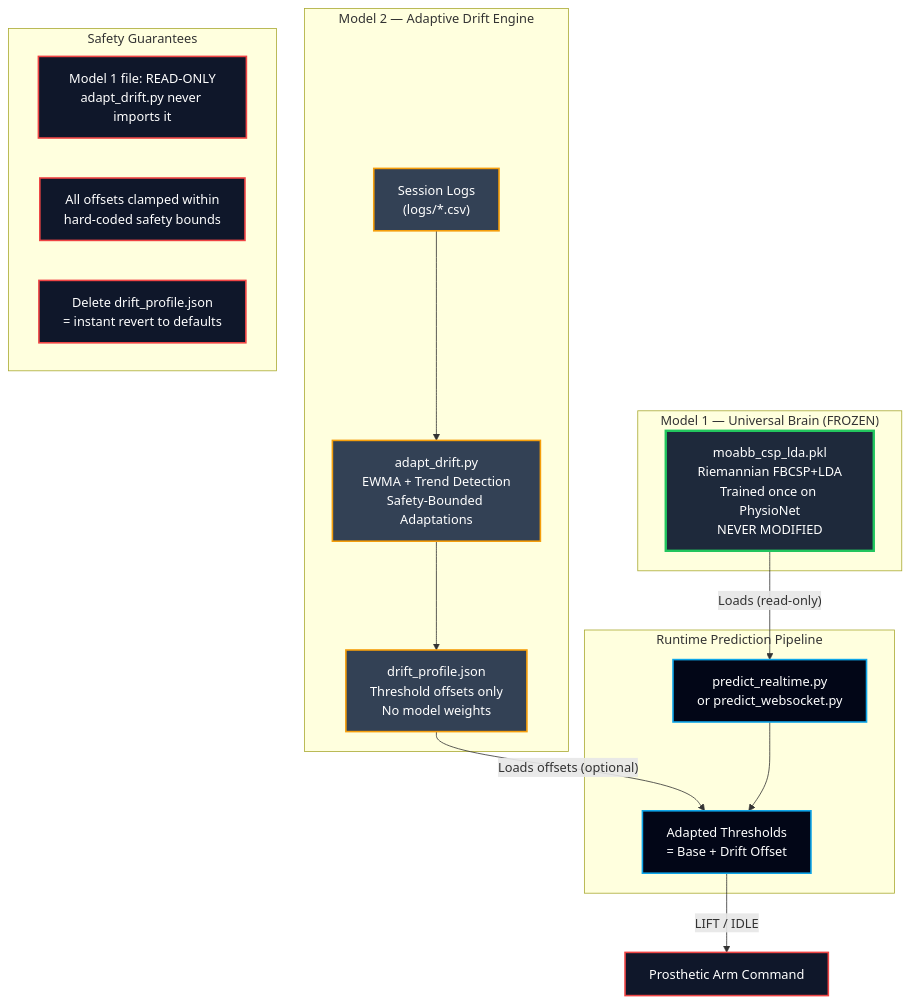
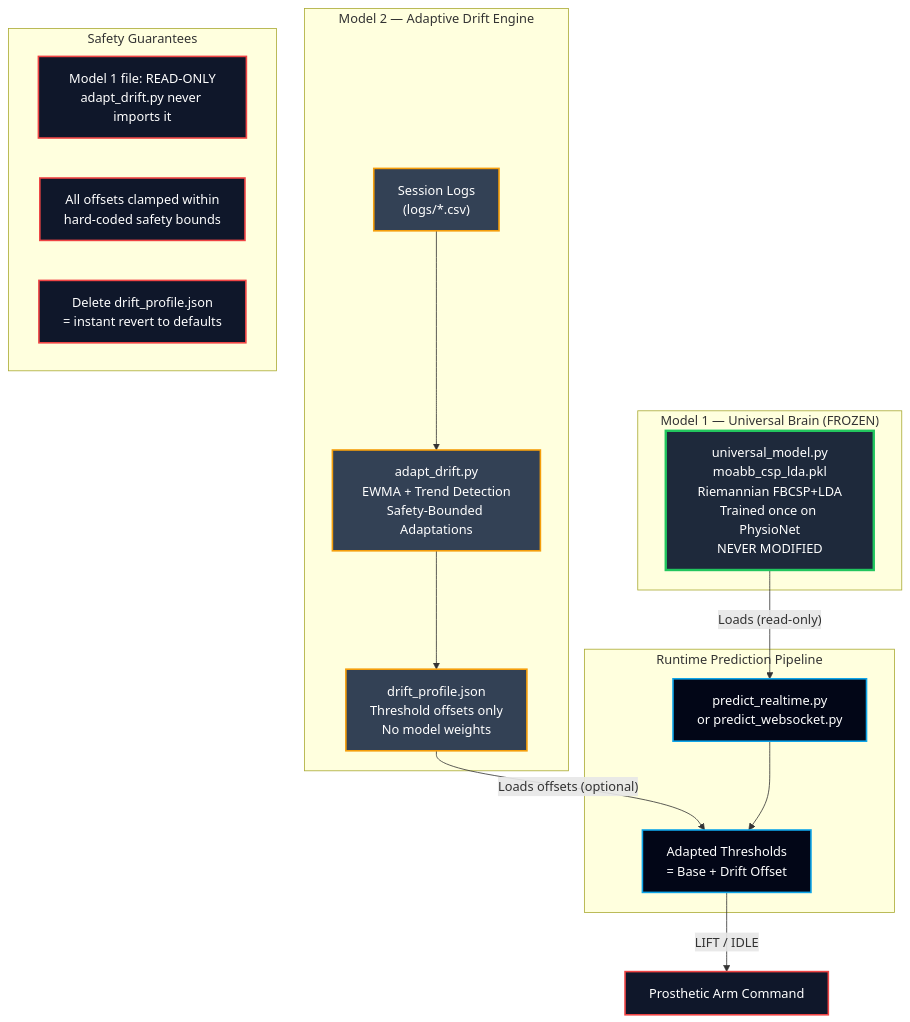
Before and after one commit to NAVEENKCG/Mind_Wave_AImodel: the eighth of 8 diagrams in ARCHITECTURE.md, drawn with Mermaid. The commit also changed other lines of this file and 8 other files, not shown here.

Commit message:
feat: add dedicated universal_model.py for Model 1 (Universal Brain) and modularize model1

````diff
--- a/ARCHITECTURE.md
+++ b/ARCHITECTURE.md
@@ -496,35 +496,35 @@
 ```mermaid
 flowchart TD
     classDef frozen fill:#1e293b,stroke:#22c55e,stroke-width:3px,color:#fff
     classDef drift fill:#334155,stroke:#f59e0b,stroke-width:2px,color:#fff
     classDef safe fill:#0f172a,stroke:#ef4444,stroke-width:2px,color:#fff
     classDef output fill:#020617,stroke:#0ea5e9,stroke-width:2px,color:#fff
 
     subgraph MODEL1["Model 1 — Universal Brain (FROZEN)"]
-        M1["moabb_csp_lda.pkl<br/>Riemannian FBCSP+LDA<br/>Trained once on PhysioNet<br/>NEVER MODIFIED"]:::frozen
+        M1["universal_model.py<br/>moabb_csp_lda.pkl<br/>Riemannian FBCSP+LDA<br/>Trained once on PhysioNet<br/>NEVER MODIFIED"]:::frozen
     end
 
     subgraph MODEL2["Model 2 — Adaptive Drift Engine"]
         LOGS["Session Logs<br/>(logs/*.csv)"]:::drift
         ANALYZE["adapt_drift.py<br/>EWMA + Trend Detection<br/>Safety-Bounded Adaptations"]:::drift
         DRIFT["drift_profile.json<br/>Threshold offsets only<br/>No model weights"]:::drift
 
         LOGS --> ANALYZE --> DRIFT
     end
 
     subgraph RUNTIME["Runtime Prediction Pipeline"]
         PRED["predict_realtime.py<br/>or predict_websocket.py"]:::output
         THRESH["Adapted Thresholds<br/>= Base + Drift Offset"]:::output
     end
 
     M1 -->|"Loads (read-only)"| PRED
     DRIFT -->|"Loads offsets (optional)"| THRESH
     PRED --> THRESH
     THRESH -->|"LIFT / IDLE"| CMD["Prosthetic Arm Command"]:::safe
 
     subgraph SAFETY["Safety Guarantees"]
         S1["Model 1 file: READ-ONLY<br/>adapt_drift.py never imports it"]:::safe
         S2["All offsets clamped within<br/>hard-coded safety bounds"]:::safe
         S3["Delete drift_profile.json<br/>= instant revert to defaults"]:::safe
     end
 ```
````
